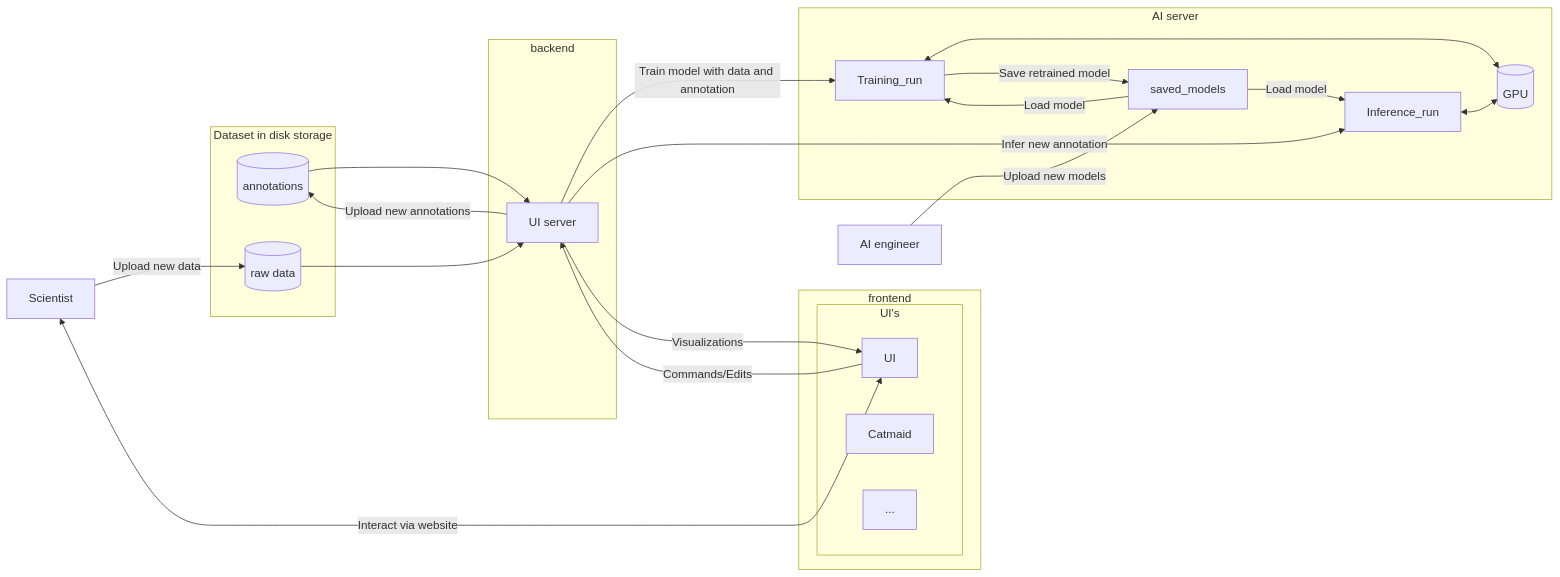
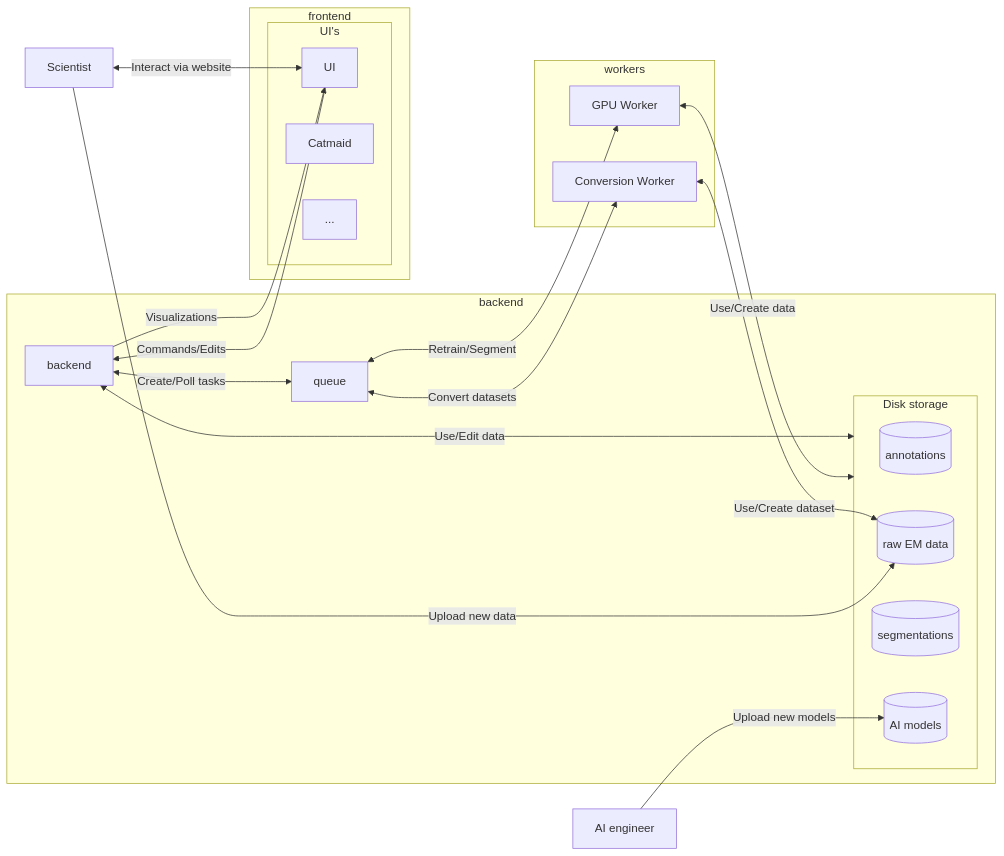
Before and after one commit to vibbic/biosegment: the diagram in diagrams/overview.mmd, drawn with Mermaid. The commit also changed other lines of this file and 2 other files, not shown here.

Commit message:
create overview v2

```diff
--- a/diagrams/overview.mmd
+++ b/diagrams/overview.mmd
@@ -1,43 +1,41 @@
 flowchart LR
-    subgraph disk[Dataset in disk storage]
+    subgraph disk[Disk storage]
     ann[(annotations)]
-    raw[(raw data)]
-    end
-
-    subgraph model[AI server]
-    GPU[(GPU)]
-    saved_models
-    saved_models--> |Load model|Inference_run
-    saved_models--> |Load model|Training_run
-    Inference_run <--> GPU
-    Training_run <--> GPU
-    Training_run-->|Save retrained model|saved_models
-    
+    raw[(raw EM data)]
+    segs[(segmentations)]
+    models[(AI models)]
     end
 
     subgraph backend
-    b1[UI server]
-    raw-->b1
-    ann-->b1
-    b1-->|Upload new annotations|ann
-    b1-->|Train model with data and annotation|Training_run
-    b1-->|Infer new annotation|Inference_run
+    b1[backend]
+    queue[queue]
+    b1<-->|Use/Edit data| disk
+    b1<-->|Create/Poll tasks|queue
+    end
+
+    subgraph workers
+    gpu_worker[GPU Worker]
+    queue<-->|Retrain/Segment| gpu_worker
+    gpu_worker<-->|Use/Create data| disk
+    convert_worker[Conversion Worker]
+    queue<-->|Convert datasets| convert_worker
+    convert_worker<-->|Use/Create dataset| raw
     end
 
     subgraph frontend
     UI
     UI-->|Commands/Edits|b1
     b1-->|Visualizations|UI
     subgraph uis[UI's]
     UI
     Catmaid
     ...
     end
     end
 
     user_bio[Scientist]
     user_bio-->|Upload new data|raw
     user_bio<-->|Interact via website|UI
 
     user_ai[AI engineer]
-    user_ai-->|Upload new models|saved_models
+    user_ai-->|Upload new models|models
```
